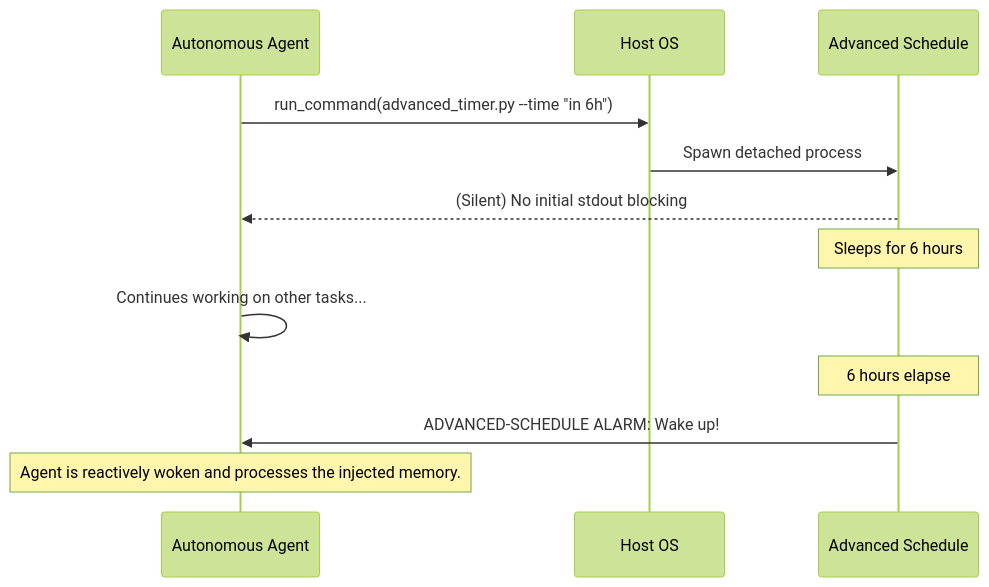
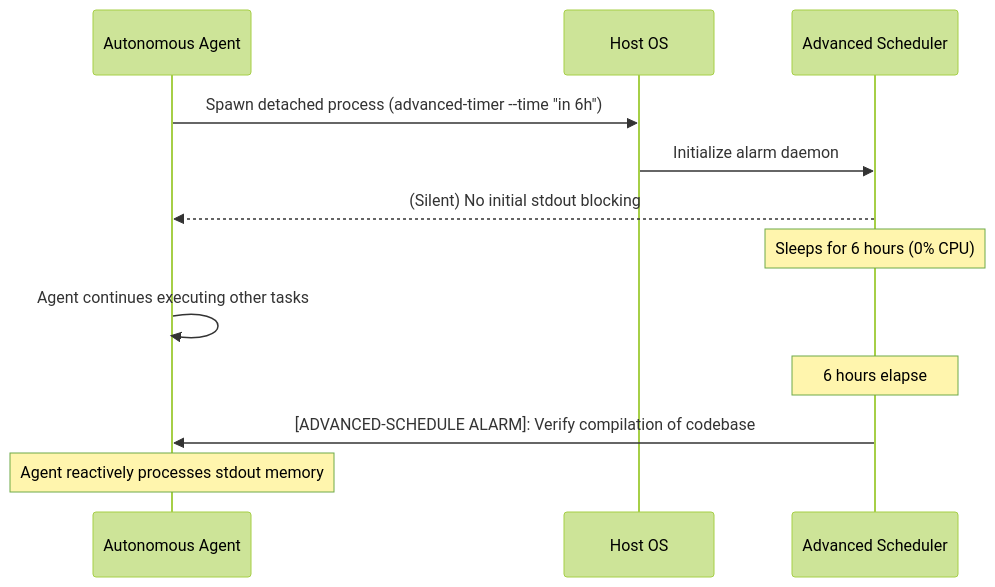
One commit to axtontc/Advanced-Scheduler changed the diagram in README.md. Above: the diagram before and after it, drawn with Mermaid (forest theme). The commit also changed other lines of this file and 14 other files, not shown here.

````diff
--- a/README.md
+++ b/README.md
@@ -37,15 +108,15 @@
 ```mermaid
 sequenceDiagram
     participant Agent as Autonomous Agent
     participant OS as Host OS
-    participant Daemon as Advanced Schedule
+    participant Daemon as Advanced Scheduler
 
-    Agent->>OS: run_command(advanced_timer.py --time "in 6h")
-    OS->>Daemon: Spawn detached process
+    Agent->>OS: Spawn detached process (advanced-timer --time "in 6h")
+    OS->>Daemon: Initialize alarm daemon
     Daemon-->>Agent: (Silent) No initial stdout blocking
-    Note over Daemon: Sleeps for 6 hours
-    Agent->>Agent: Continues working on other tasks...
+    Note over Daemon: Sleeps for 6 hours (0% CPU)
+    Agent->>Agent: Agent continues executing other tasks
     Note over Daemon: 6 hours elapse
-    Daemon->>Agent: ADVANCED-SCHEDULE ALARM: Wake up!
-    Note over Agent: Agent is reactively woken and processes the injected memory.
+    Daemon->>Agent: [ADVANCED-SCHEDULE ALARM]: Verify compilation of codebase
+    Note over Agent: Agent reactively processes stdout memory
 ```
````
